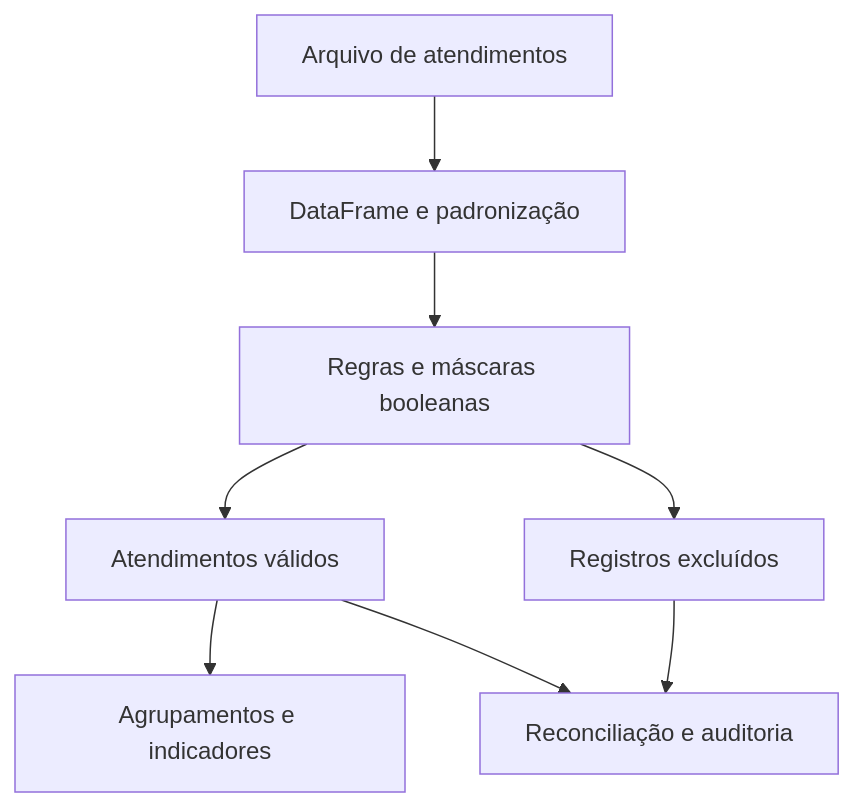
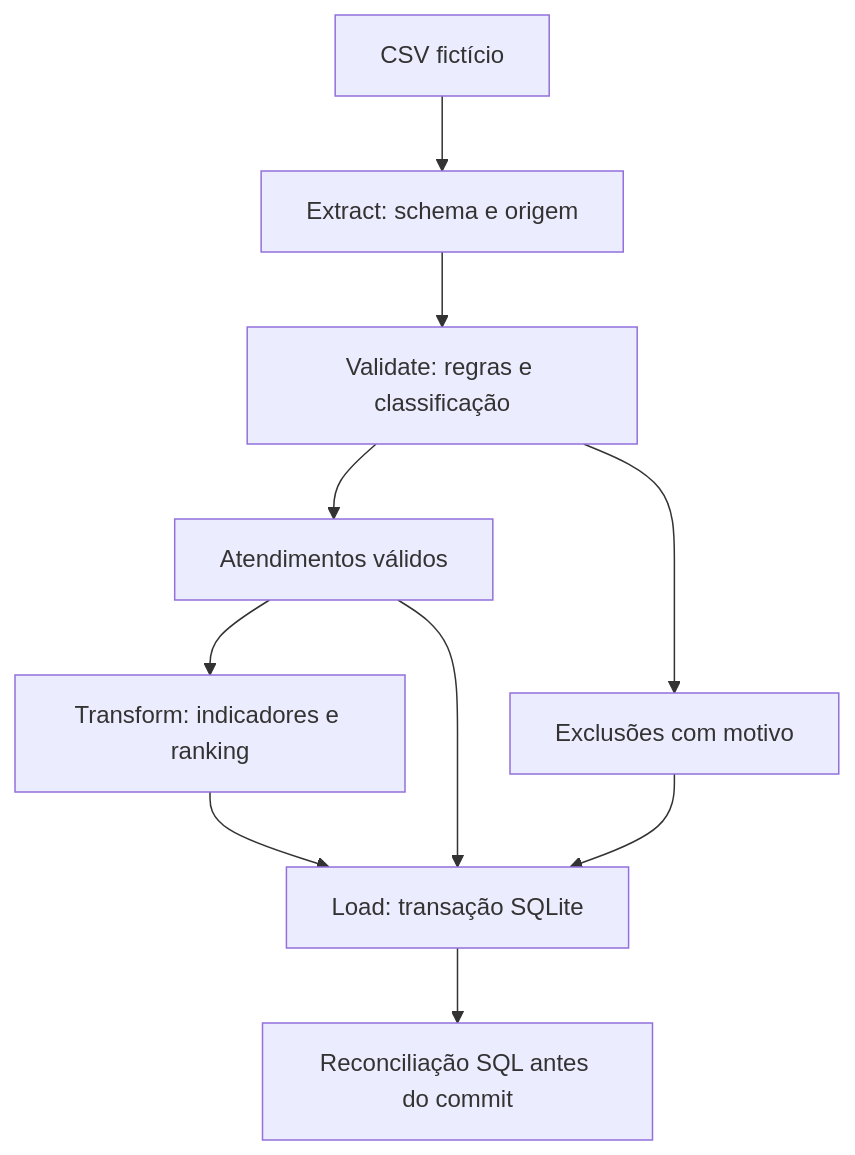
One commit to Pedroferreira32/pandas-support-analytics-case changed the diagram in README.md. Above: the diagram before and after it, drawn with Mermaid. The commit also changed other lines of this file and 5 other files, not shown here.

````diff
--- a/README.md
+++ b/README.md
@@ -37,10 +57,12 @@
 ```mermaid
 flowchart TD
-    A["Arquivo de atendimentos"] --> B["DataFrame e padronização"]
-    B --> C["Regras e máscaras booleanas"]
+    A["CSV fictício"] --> B["Extract: schema e origem"]
+    B --> C["Validate: regras e classificação"]
     C --> D["Atendimentos válidos"]
-    C --> E["Registros excluídos"]
-    D --> H["Agrupamentos e indicadores"]
-    D --> I["Reconciliação e auditoria"]
-    E --> I
+    C --> E["Exclusões com motivo"]
+    D --> F["Transform: indicadores e ranking"]
+    D --> G["Load: transação SQLite"]
+    E --> G
+    F --> G
+    G --> H["Reconciliação SQL antes do commit"]
 ```
````
